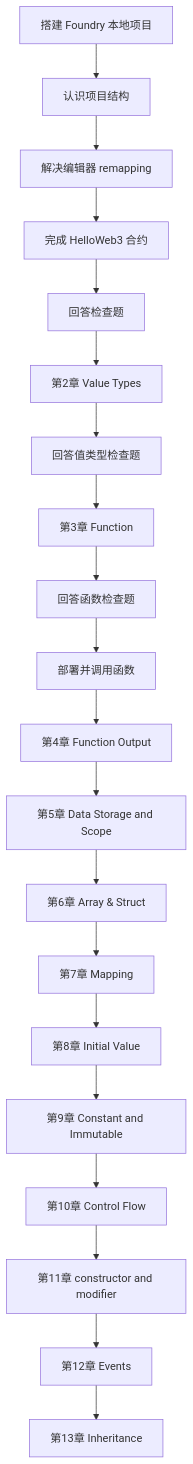
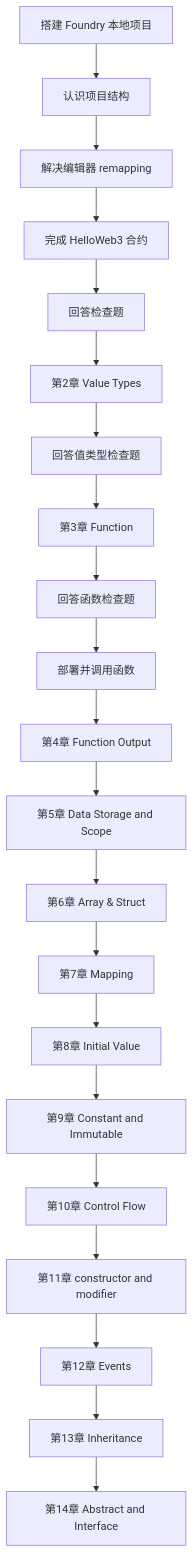
Before and after one commit to daxiguaguagua-hash/wtf-academy-learning: the fourth of 4 diagrams in 交接记录.md, drawn with Mermaid. The commit also changed other lines of this file and 2 other files, not shown here.

````diff
--- a/交接记录.md
+++ b/交接记录.md
@@ -187,22 +192,23 @@
 ```mermaid
 flowchart TD
 A[搭建 Foundry 本地项目] --> B[认识项目结构]
 B --> C[解决编辑器 remapping]
 C --> D[完成 HelloWeb3 合约]
 D --> E[回答检查题]
 E --> F[第2章 Value Types]
 F --> G[回答值类型检查题]
 G --> H[第3章 Function]
 H --> I[回答函数检查题]
 I --> J[部署并调用函数]
 J --> K[第4章 Function Output]
 K --> L[第5章 Data Storage and Scope]
 L --> M[第6章 Array & Struct]
 M --> N[第7章 Mapping]
 N --> O[第8章 Initial Value]
 O --> P[第9章 Constant and Immutable]
 P --> Q[第10章 Control Flow]
 Q --> R[第11章 constructor and modifier]
 R --> S[第12章 Events]
 S --> T[第13章 Inheritance]
+T --> U[第14章 Abstract and Interface]
 ```
````
